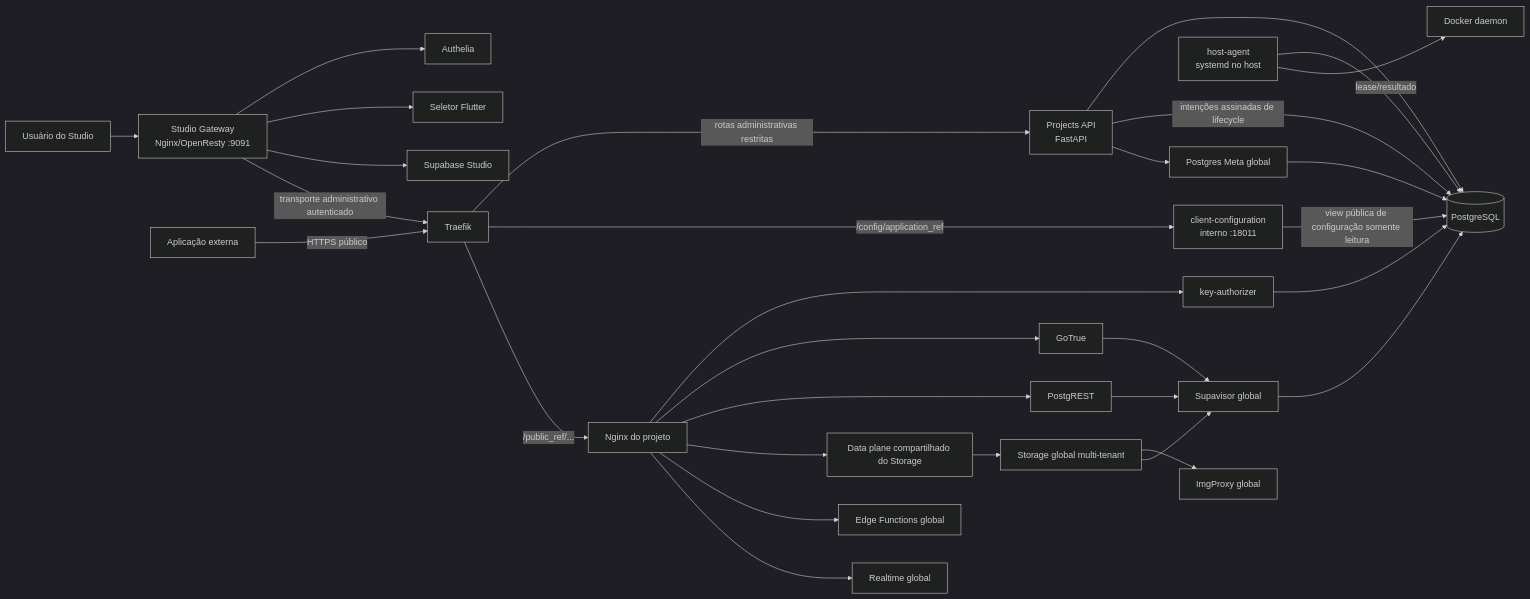
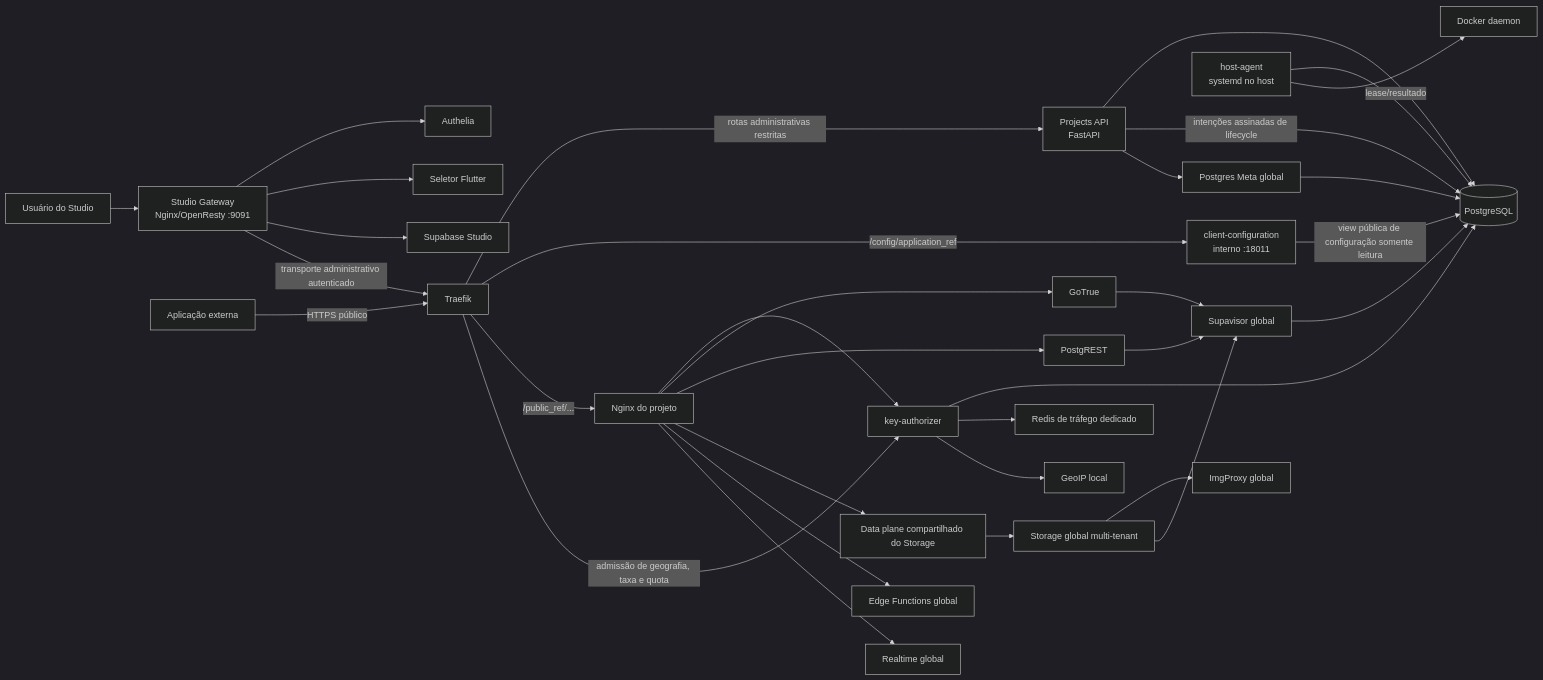
The diagram in LEIAME.md (GustavoMartins123/supabase-multitenant), drawn with Mermaid (dark theme) before and after one commit. The commit also changed other lines of this file and 158 other files, not shown here.

````diff
--- a/LEIAME.md
+++ b/LEIAME.md
@@ -44,37 +50,40 @@
 ```mermaid
 flowchart LR
     StudioUser[Usuário do Studio] --> StudioGateway[Studio Gateway\nNginx/OpenResty :9091]
     StudioGateway --> Authelia[Authelia]
     StudioGateway --> Flutter[Seletor Flutter]
     StudioGateway --> Studio[Supabase Studio]
 
     StudioGateway -->|transporte administrativo autenticado| Traefik[Traefik]
     ExternalApp[Aplicação externa] -->|HTTPS público| Traefik
     Traefik -->|rotas administrativas restritas| ProjectsAPI[Projects API\nFastAPI]
     Traefik -->|/config/application_ref| ClientConfiguration[client-configuration\ninterno :18011]
     ClientConfiguration -->|view pública de configuração somente leitura| PostgreSQL
     Traefik -->|/public_ref/...| TenantGateway[Nginx do projeto]
 
     ProjectsAPI --> PostgreSQL[(PostgreSQL)]
     ProjectsAPI -->|intenções assinadas de lifecycle| PostgreSQL
     HostAgent[host-agent\nsystemd no host] -->|lease/resultado| PostgreSQL
     HostAgent --> Docker[Docker daemon]
 
     TenantGateway --> KeyAuthorizer[key-authorizer]
+    Traefik -->|admissão de geografia, taxa e quota| KeyAuthorizer
     KeyAuthorizer --> PostgreSQL
+    KeyAuthorizer --> TrafficRedis[Redis de tráfego dedicado]
+    KeyAuthorizer --> GeoIP[GeoIP local]
     TenantGateway --> Auth[GoTrue]
     TenantGateway --> Rest[PostgREST]
     TenantGateway --> StorageDataPlane[Data plane compartilhado do Storage]
     StorageDataPlane --> Storage[Storage global multi-tenant]
     Storage --> ImgProxy[ImgProxy global]
     TenantGateway --> Functions[Edge Functions global]
     TenantGateway --> Realtime[Realtime global]
 
     Auth --> Supavisor[Supavisor global]
     Rest --> Supavisor
     Storage --> Supavisor
     Supavisor --> PostgreSQL
 
     ProjectsAPI --> PostgresMeta[Postgres Meta global]
     PostgresMeta --> PostgreSQL
 ```
````
